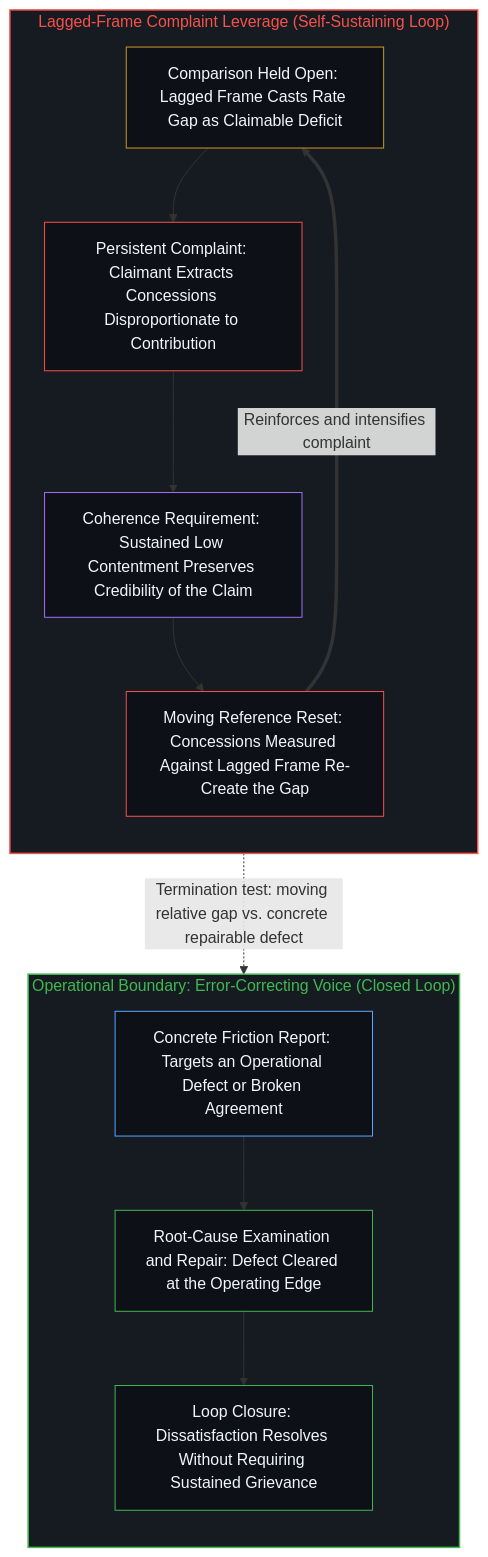
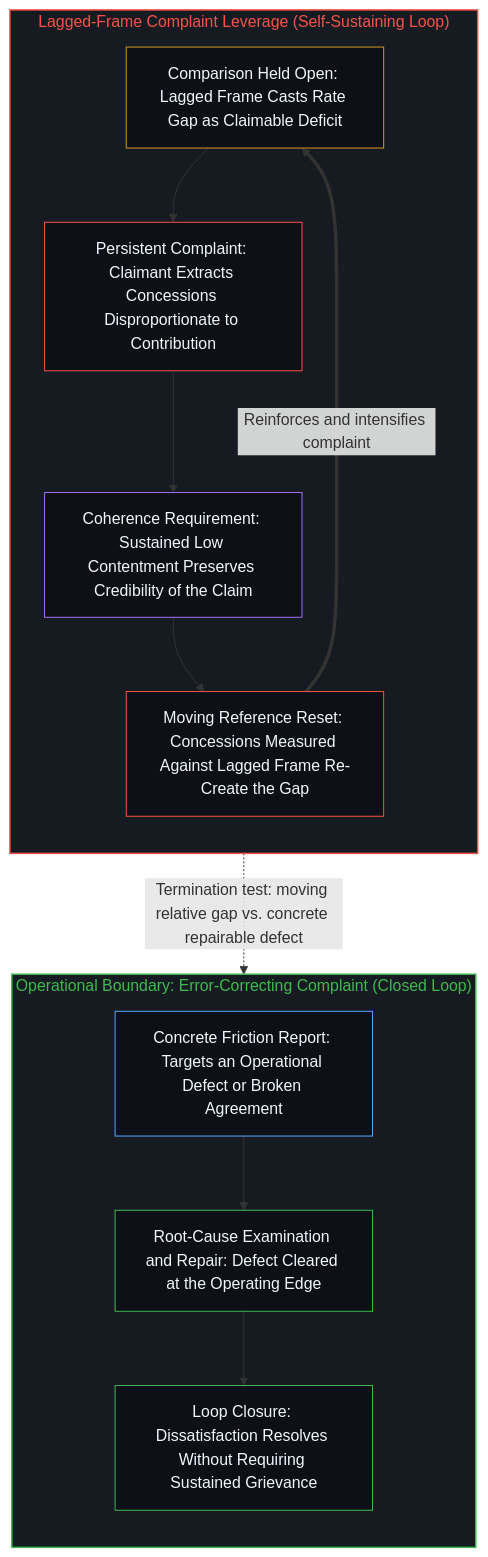
The fourth of 4 diagrams in content/posts/relative-differentials-and-the-compounding-of-comparison.md (powerpig99/not-a-toe), drawn with Mermaid before and after one commit. The commit also changed other lines of this file and 24 other files, not shown here.

````diff
--- a/content/posts/relative-differentials-and-the-compounding-of-comparison.md
+++ b/content/posts/relative-differentials-and-the-compounding-of-comparison.md
@@ -145,29 +145,29 @@
 ```mermaid
 flowchart TD
     subgraph S_Loop["Lagged-Frame Complaint Leverage (Self-Sustaining Loop)"]
         direction TB
         G1["Comparison Held Open: Lagged Frame Casts Rate Gap as Claimable Deficit"]
         G2["Persistent Complaint: Claimant Extracts Concessions Disproportionate to Contribution"]
         G3["Coherence Requirement: Sustained Low Contentment Preserves Credibility of the Claim"]
         G4["Moving Reference Reset: Concessions Measured Against Lagged Frame Re-Create the Gap"]
         G1 --> G2 --> G3 --> G4
         G4 ==>|"Reinforces and intensifies complaint"| G1
     end
-    subgraph S_Bound["Operational Boundary: Error-Correcting Voice (Closed Loop)"]
+    subgraph S_Bound["Operational Boundary: Error-Correcting Complaint (Closed Loop)"]
         direction TB
         V1["Concrete Friction Report: Targets an Operational Defect or Broken Agreement"]
         V2["Root-Cause Examination and Repair: Defect Cleared at the Operating Edge"]
         V3["Loop Closure: Dissatisfaction Resolves Without Requiring Sustained Grievance"]
         V1 --> V2 --> V3
     end
     G4 -.->|"Termination test: moving relative gap vs. concrete repairable defect"| V1
     style S_Loop fill:#161b22,stroke:#f85149,stroke-width:1.5px,color:#f85149
     style S_Bound fill:#161b22,stroke:#3fb950,stroke-width:1.5px,color:#3fb950
     style G1 fill:#0d1117,stroke:#d29922,stroke-width:1px,color:#f0f6fc
     style G2 fill:#0d1117,stroke:#f85149,stroke-width:1px,color:#f0f6fc
     style G3 fill:#0d1117,stroke:#a371f7,stroke-width:1px,color:#f0f6fc
     style G4 fill:#0d1117,stroke:#f85149,stroke-width:1px,color:#f0f6fc
     style V1 fill:#0d1117,stroke:#58a6ff,stroke-width:1px,color:#f0f6fc
     style V2 fill:#0d1117,stroke:#3fb950,stroke-width:1px,color:#f0f6fc
     style V3 fill:#0d1117,stroke:#3fb950,stroke-width:1px,color:#f0f6fc
 ```
````
